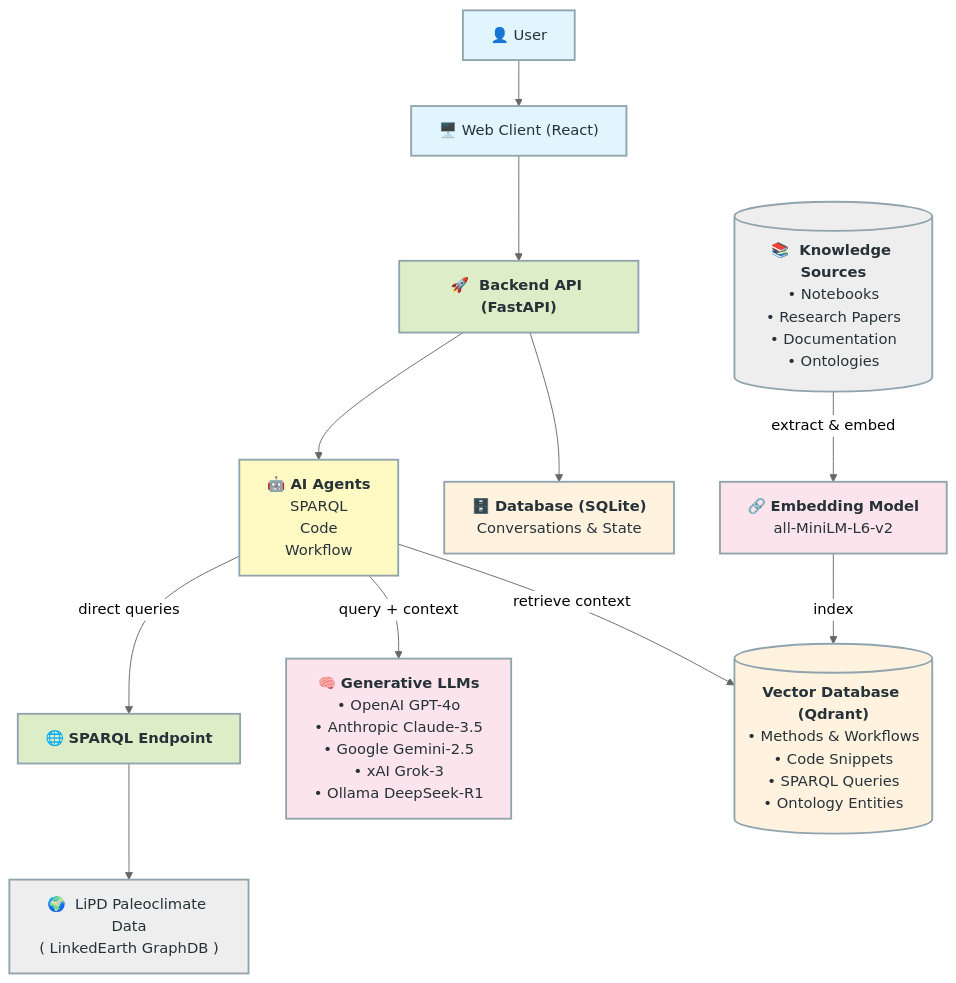
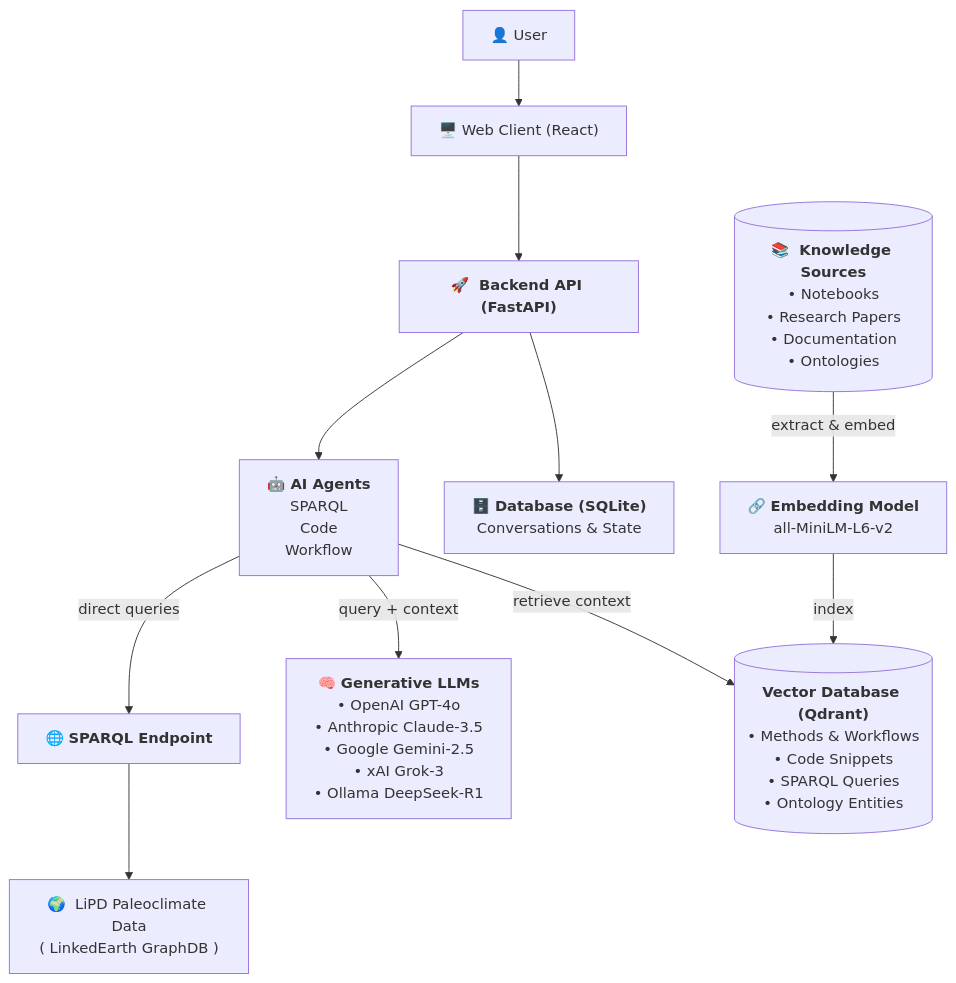
Before and after one commit to LinkedEarth/paleopal: the diagram in docs/ArchitectureDiagram.mmd, drawn with Mermaid. The commit also changed 4 other files, not shown here.

```diff
--- a/docs/ArchitectureDiagram.mmd
+++ b/docs/ArchitectureDiagram.mmd
@@ -1,38 +1,12 @@
----
-config:
-  layout: dagre
-  theme: neutral
----
 flowchart TB
     USER["👤  User"] --> CLIENT["🖥️  Web Client (React)"]
     CLIENT --> BACKEND["<b>🚀  Backend API (FastAPI)</b>"]
     BACKEND --> PERSIST["🗄️  <b>Database (SQLite)</b><br>Conversations &amp; State"] & AGENTS["<b>🤖  AI Agents<br></b>SPARQL<br>Code<br>Workflow"]
     SOURCES_BOX["<b>📚  Knowledge Sources<br></b>• Notebooks<br>• Research Papers<br>• Documentation<br>• Ontologies"] -- extract & embed --> EMBED["🔗  <b>Embedding Model</b><br>all-MiniLM-L6-v2"]
     EMBED -- index --> VECTOR["<b>Vector Database (Qdrant)</b><br>• Methods &amp; Workflows<br>• Code Snippets<br>• SPARQL Queries<br>• Ontology Entities"]
     AGENTS -- retrieve context --> VECTOR
     AGENTS -- query + context --> LLMS["🧠  <b>Generative LLMs</b><br>• OpenAI GPT-4o<br>• Anthropic Claude-3.5<br>• Google Gemini-2.5<br>• xAI Grok-3<br>• Ollama DeepSeek-R1"]
     SPARQL_EP["🌐  <b>SPARQL Endpoint</b><br>"] --> PALEO["🌍  LiPD Paleoclimate Data<br>( LinkedEarth GraphDB )"]
     AGENTS -- direct queries --> SPARQL_EP
     SOURCES_BOX@{ shape: cyl}
     VECTOR@{ shape: cyl}
-     USER:::uiClass
-     CLIENT:::uiClass
-     BACKEND:::apiClass
-     PERSIST:::dbClass
-     AGENTS:::engineClass
-     SOURCES_BOX:::extClass
-     EMBED:::genClass
-     VECTOR:::dbClass
-     LLMS:::genClass
-     SPARQL_EP:::apiClass
-     PALEO:::extClass
-    classDef uiClass fill:#e1f5fe,stroke:#90a4ae,stroke-width:2px,color:#263238,font-size:16px
-    classDef engineClass fill:#fff9c4,stroke:#90a4ae,stroke-width:2px,color:#263238,font-size:16px
-    classDef Pine stroke-width:1px, stroke-dasharray:none, stroke:#254336, fill:#27654A, color:#FFFFFF
-    classDef Sky stroke-width:1px, stroke-dasharray:none, stroke:#374D7C, fill:#E2EBFF, color:#374D7C
-    classDef Ash stroke-width:1px, stroke-dasharray:none, stroke:#999999, fill:#EEEEEE, color:#000000
-    classDef dataClass fill:#f3e5f5, stroke:#90a4ae, stroke-width:2px, color:#263238, font-size:16px
-    classDef apiClass fill:#dcedc8, stroke:#90a4ae, stroke-width:2px, color:#263238, font-size:16px
-    classDef dbClass fill:#fff3e0, stroke:#90a4ae, stroke-width:2px, color:#263238, font-size:16px
-    classDef genClass fill:#fce4ec, stroke:#90a4ae, stroke-width:2px, color:#263238, font-size:16px
-    classDef extClass fill:#eeeeee, stroke:#90a4ae, stroke-width:2px, color:#263238, font-size:16px
```
